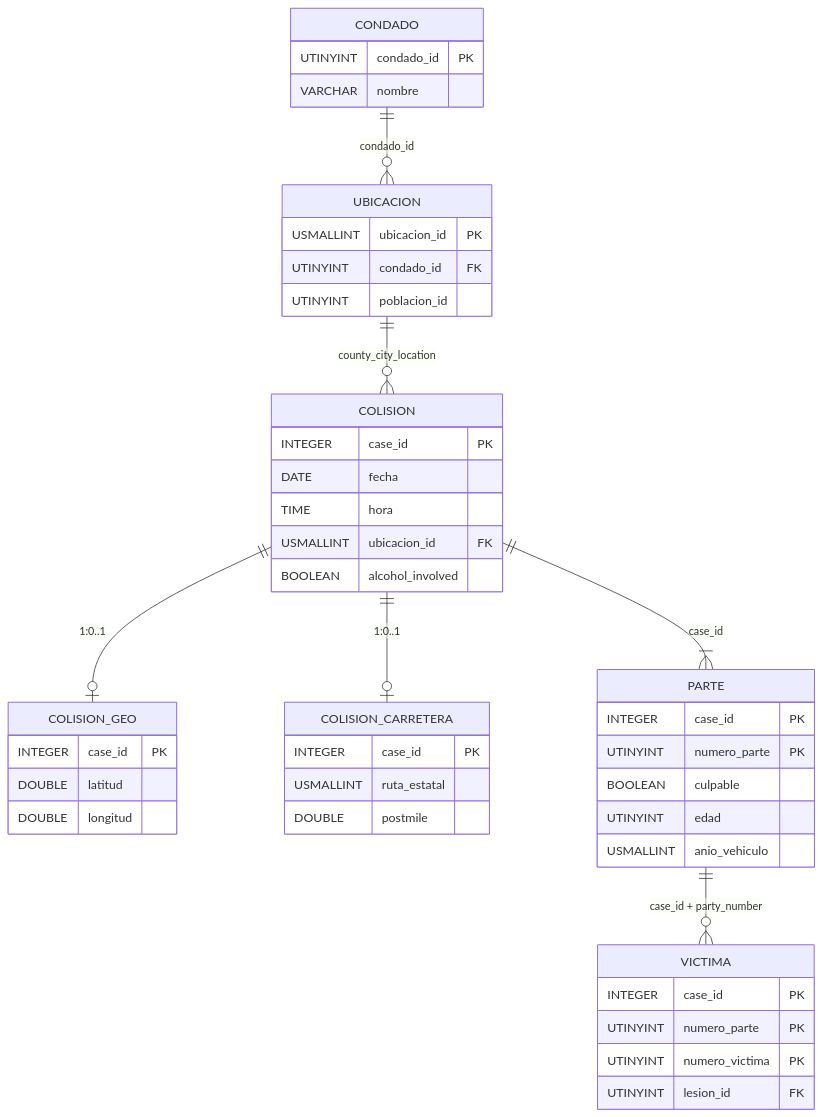
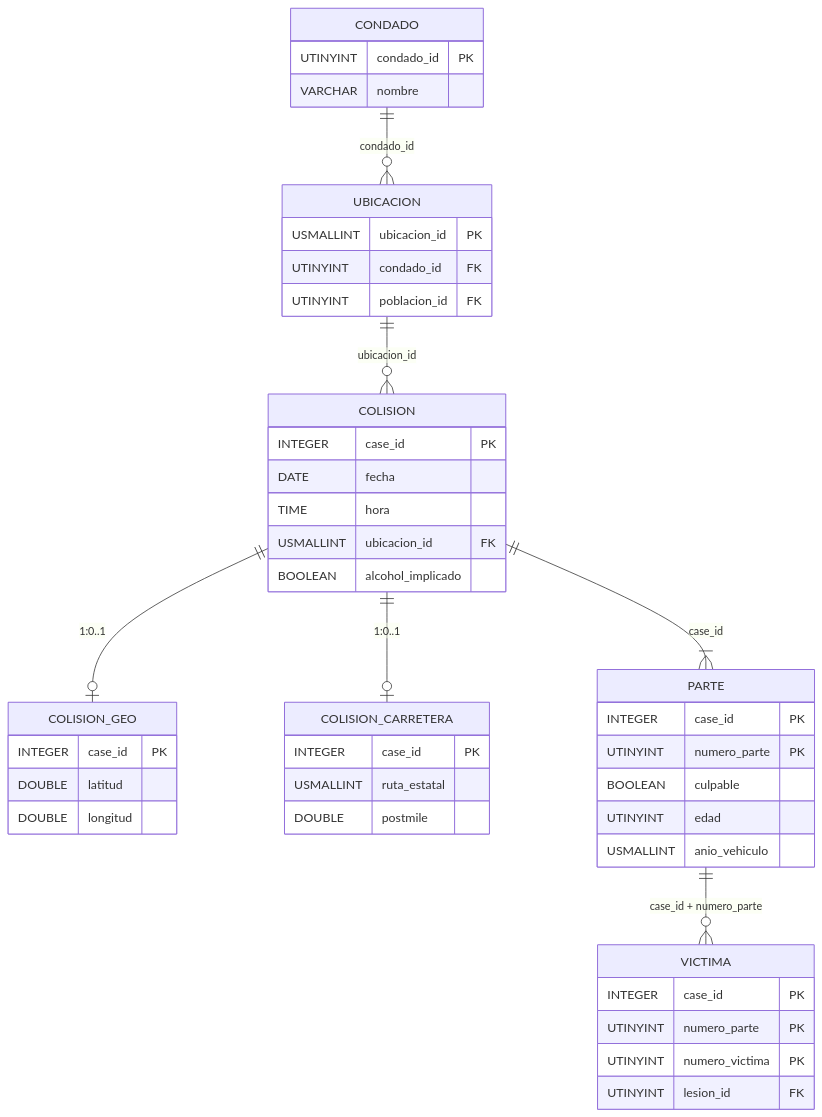
The second of 2 diagrams in README.md (allan230807/analisis-colisiones-california), drawn with Mermaid before and after one commit. The commit also changed other lines of this file, not shown here.

First line of the commit message:
docs(readme): diagrama ER con nombres del modelo y requisitos verificados

````diff
--- a/README.md
+++ b/README.md
@@ -125,49 +125,49 @@
 ```mermaid
 erDiagram
-    UBICACION ||--o{ COLISION : "county_city_location"
+    UBICACION ||--o{ COLISION : "ubicacion_id"
     CONDADO ||--o{ UBICACION : "condado_id"
     COLISION ||--o| COLISION_GEO : "1:0..1"
     COLISION ||--o| COLISION_CARRETERA : "1:0..1"
     COLISION ||--|{ PARTE : "case_id"
-    PARTE ||--o{ VICTIMA : "case_id + party_number"
+    PARTE ||--o{ VICTIMA : "case_id + numero_parte"
 
     COLISION {
         INTEGER case_id PK
         DATE fecha
         TIME hora
         USMALLINT ubicacion_id FK
-        BOOLEAN alcohol_involved
+        BOOLEAN alcohol_implicado
     }
     COLISION_GEO {
         INTEGER case_id PK
         DOUBLE latitud
         DOUBLE longitud
     }
     COLISION_CARRETERA {
         INTEGER case_id PK
         USMALLINT ruta_estatal
         DOUBLE postmile
     }
     PARTE {
         INTEGER case_id PK
         UTINYINT numero_parte PK
         BOOLEAN culpable
         UTINYINT edad
         USMALLINT anio_vehiculo
     }
     VICTIMA {
         INTEGER case_id PK
         UTINYINT numero_parte PK
         UTINYINT numero_victima PK
         UTINYINT lesion_id FK
     }
     UBICACION {
         USMALLINT ubicacion_id PK
         UTINYINT condado_id FK
-        UTINYINT poblacion_id
+        UTINYINT poblacion_id FK
     }
     CONDADO {
         UTINYINT condado_id PK
         VARCHAR nombre
     }
 ```
````
